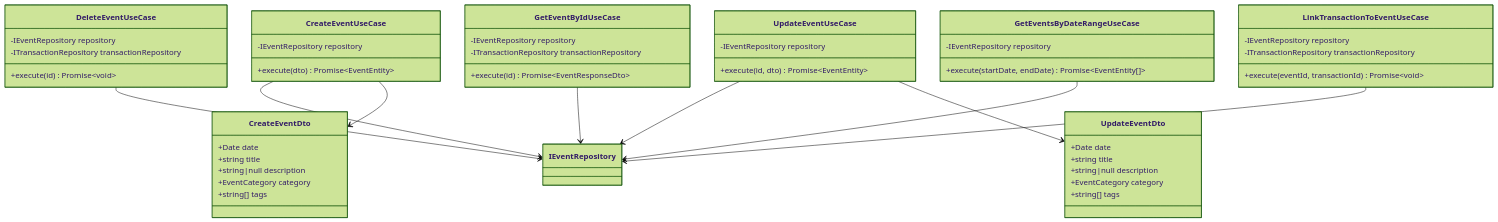
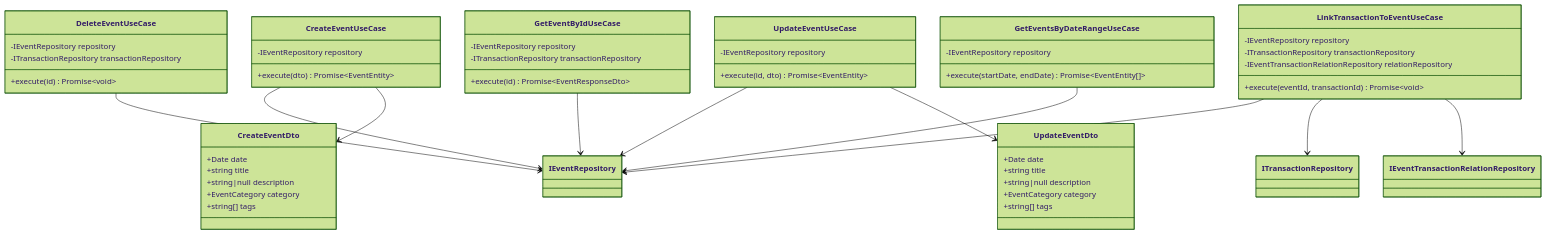
Before and after one commit to kencom2400/account-book: the second of 7 diagrams in docs/detailed-design/FR-021_event-memo/class-diagrams.md, drawn with Mermaid (forest theme). The commit also changed other lines of this file and 3 other files, not shown here.

````diff
--- a/docs/detailed-design/FR-021_event-memo/class-diagrams.md
+++ b/docs/detailed-design/FR-021_event-memo/class-diagrams.md
@@ -116,60 +121,63 @@
 ```mermaid
 classDiagram
     class CreateEventUseCase {
         -IEventRepository repository
         +execute(dto) Promise~EventEntity~
     }
 
     class UpdateEventUseCase {
         -IEventRepository repository
         +execute(id, dto) Promise~EventEntity~
     }
 
     class DeleteEventUseCase {
         -IEventRepository repository
         -ITransactionRepository transactionRepository
         +execute(id) Promise~void~
     }
 
     class GetEventByIdUseCase {
         -IEventRepository repository
         -ITransactionRepository transactionRepository
         +execute(id) Promise~EventResponseDto~
     }
 
     class GetEventsByDateRangeUseCase {
         -IEventRepository repository
         +execute(startDate, endDate) Promise~EventEntity[]~
     }
 
     class LinkTransactionToEventUseCase {
         -IEventRepository repository
         -ITransactionRepository transactionRepository
+        -IEventTransactionRelationRepository relationRepository
         +execute(eventId, transactionId) Promise~void~
     }
 
     class CreateEventDto {
         +Date date
         +string title
         +string|null description
         +EventCategory category
         +string[] tags
     }
 
     class UpdateEventDto {
         +Date date
         +string title
         +string|null description
         +EventCategory category
         +string[] tags
     }
 
     CreateEventUseCase --> IEventRepository
     UpdateEventUseCase --> IEventRepository
     DeleteEventUseCase --> IEventRepository
     GetEventByIdUseCase --> IEventRepository
     GetEventsByDateRangeUseCase --> IEventRepository
     LinkTransactionToEventUseCase --> IEventRepository
+    LinkTransactionToEventUseCase --> ITransactionRepository
+    LinkTransactionToEventUseCase --> IEventTransactionRelationRepository
     CreateEventUseCase --> CreateEventDto
     UpdateEventUseCase --> UpdateEventDto
 ```
````
